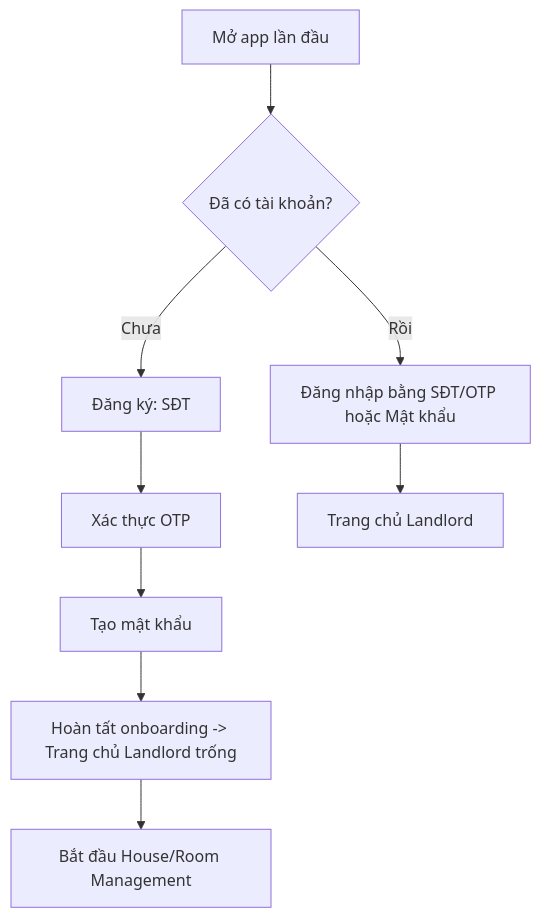
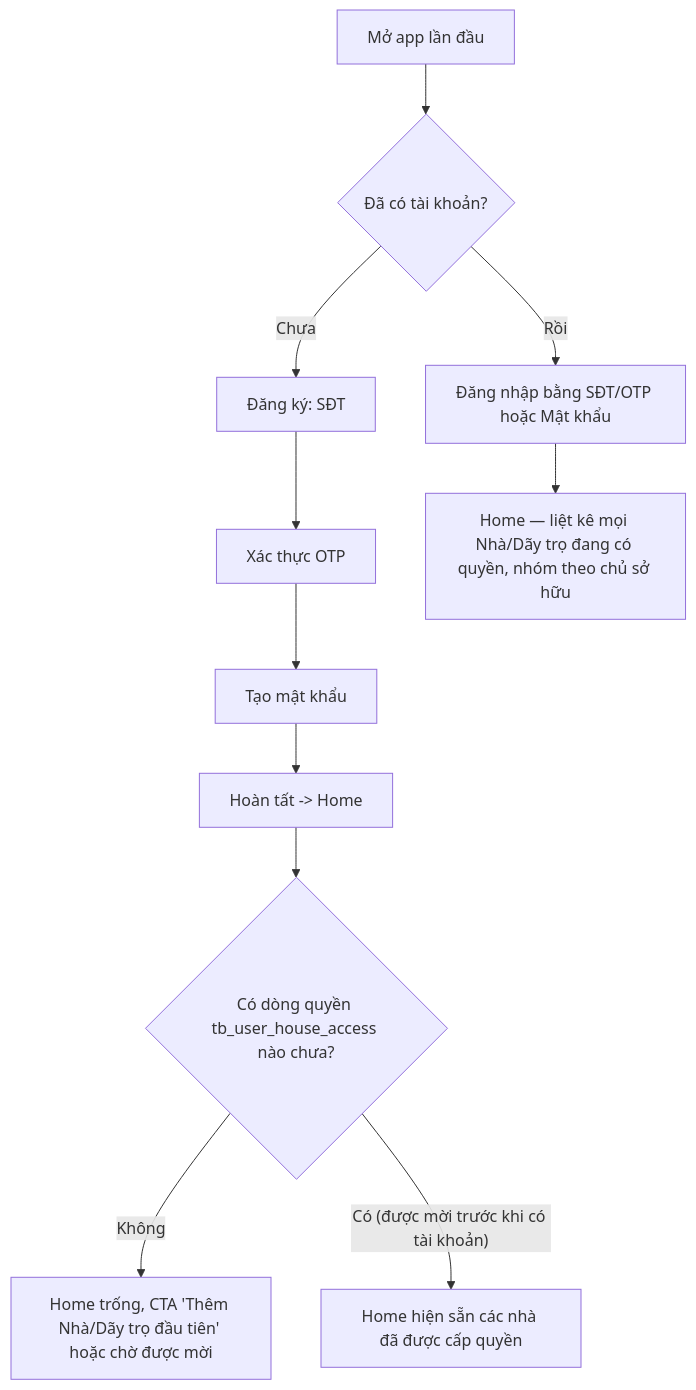
The first of 8 diagrams in docs/USER-FLOWS.md (townsoft-dev/biztown-rent), drawn with Mermaid before and after one commit. The commit also changed other lines of this file and 14 other files, not shown here.

````diff
--- a/docs/USER-FLOWS.md
+++ b/docs/USER-FLOWS.md
@@ -32,11 +30,13 @@
 ```mermaid
 flowchart TD
     A[Mở app lần đầu] --> B{Đã có tài khoản?}
     B -- Chưa --> C[Đăng ký: SĐT]
     C --> D[Xác thực OTP]
     D --> D2[Tạo mật khẩu]
-    D2 --> F[Hoàn tất onboarding -> Trang chủ Landlord trống]
-    F --> G[Bắt đầu House/Room Management]
-    B -- Rồi --> H[Đăng nhập bằng SĐT/OTP hoặc Mật khẩu]
-    H --> I[Trang chủ Landlord]
+    D2 --> F[Hoàn tất -> Home]
+    F --> G{Có dòng quyền tb_user_house_access nào chưa?}
+    G -- Không --> H[Home trống, CTA 'Thêm Nhà/Dãy trọ đầu tiên' hoặc chờ được mời]
+    G -- Có (được mời trước khi có tài khoản) --> I[Home hiện sẵn các nhà đã được cấp quyền]
+    B -- Rồi --> J[Đăng nhập bằng SĐT/OTP hoặc Mật khẩu]
+    J --> K[Home — liệt kê mọi Nhà/Dãy trọ đang có quyền, nhóm theo chủ sở hữu]
 ```
````
